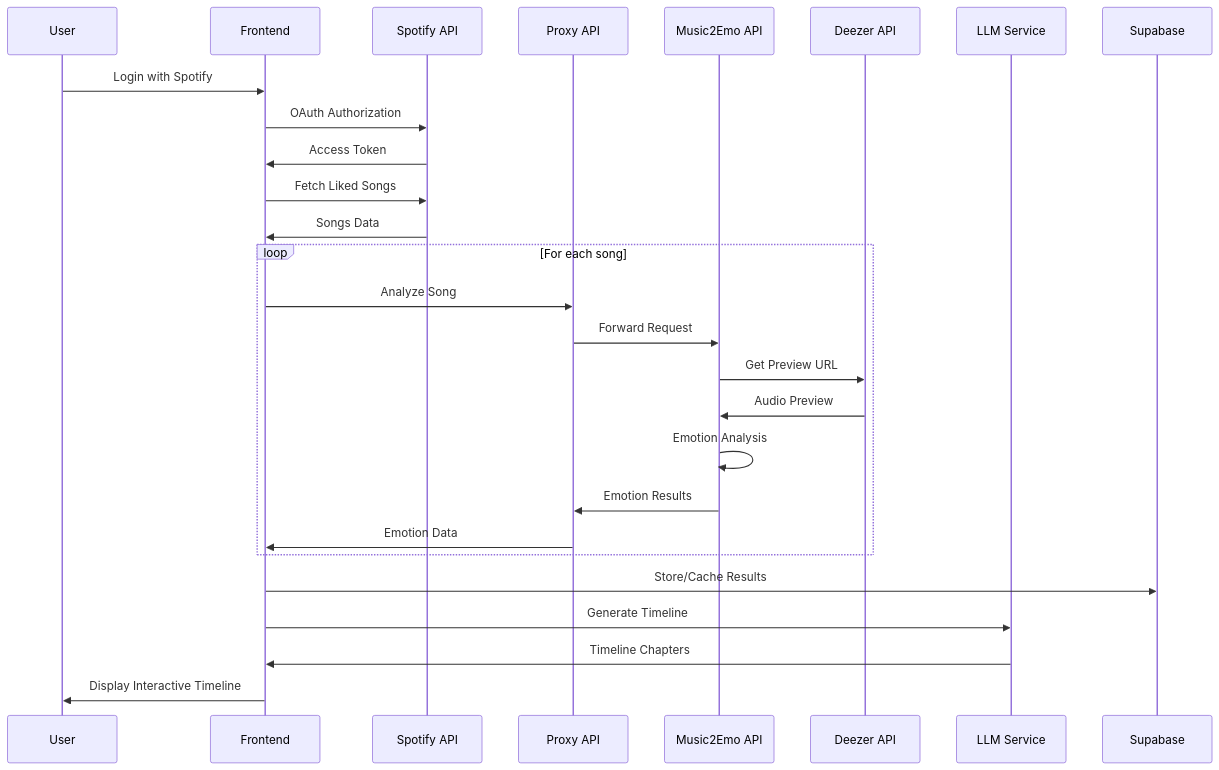
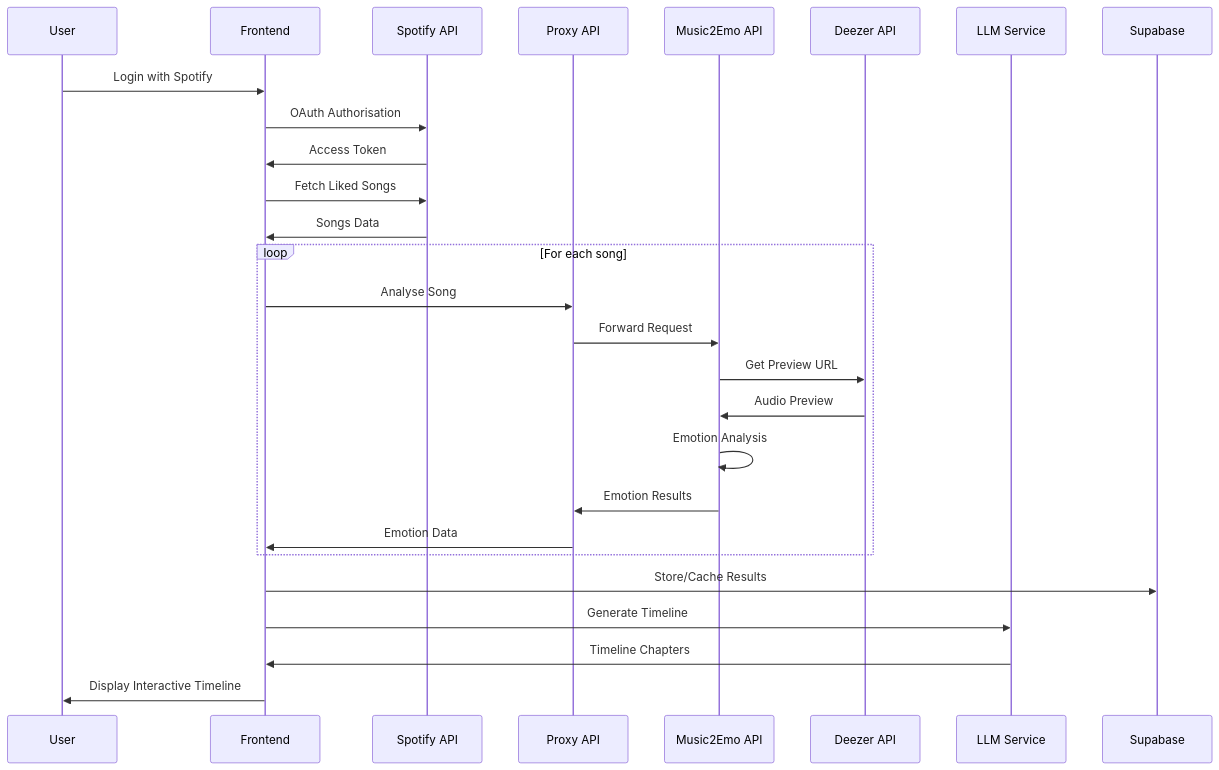
One commit to bjh-developer/vibelines changed the second of 2 diagrams in TECHNICAL_DOCUMENTATION.md. Above: the diagram before and after it, drawn with Mermaid. The commit also changed other lines of this file, not shown here.

````diff
--- a/TECHNICAL_DOCUMENTATION.md
+++ b/TECHNICAL_DOCUMENTATION.md
@@ -88,32 +85,32 @@
 ```mermaid
 sequenceDiagram
     participant U as User
     participant F as Frontend
     participant S as Spotify API
     participant P as Proxy API
     participant M as Music2Emo API
     participant D as Deezer API
     participant L as LLM Service
     participant DB as Supabase
     
     U->>F: Login with Spotify
-    F->>S: OAuth Authorization
+    F->>S: OAuth Authorisation
     S->>F: Access Token
     F->>S: Fetch Liked Songs
     S->>F: Songs Data
     
     loop For each song
-        F->>P: Analyze Song
+        F->>P: Analyse Song
         P->>M: Forward Request
         M->>D: Get Preview URL
         D->>M: Audio Preview
         M->>M: Emotion Analysis
         M->>P: Emotion Results
         P->>F: Emotion Data
     end
     
     F->>DB: Store/Cache Results
     F->>L: Generate Timeline
     L->>F: Timeline Chapters
     F->>U: Display Interactive Timeline
 ```
````
